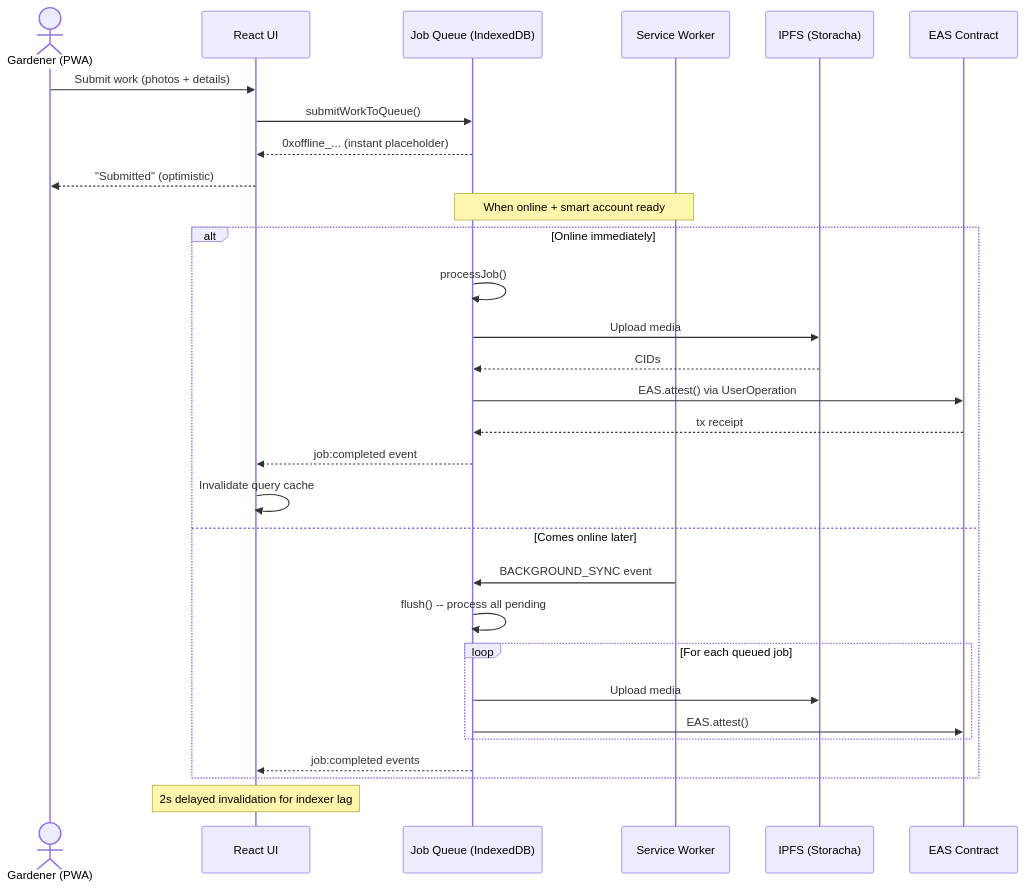
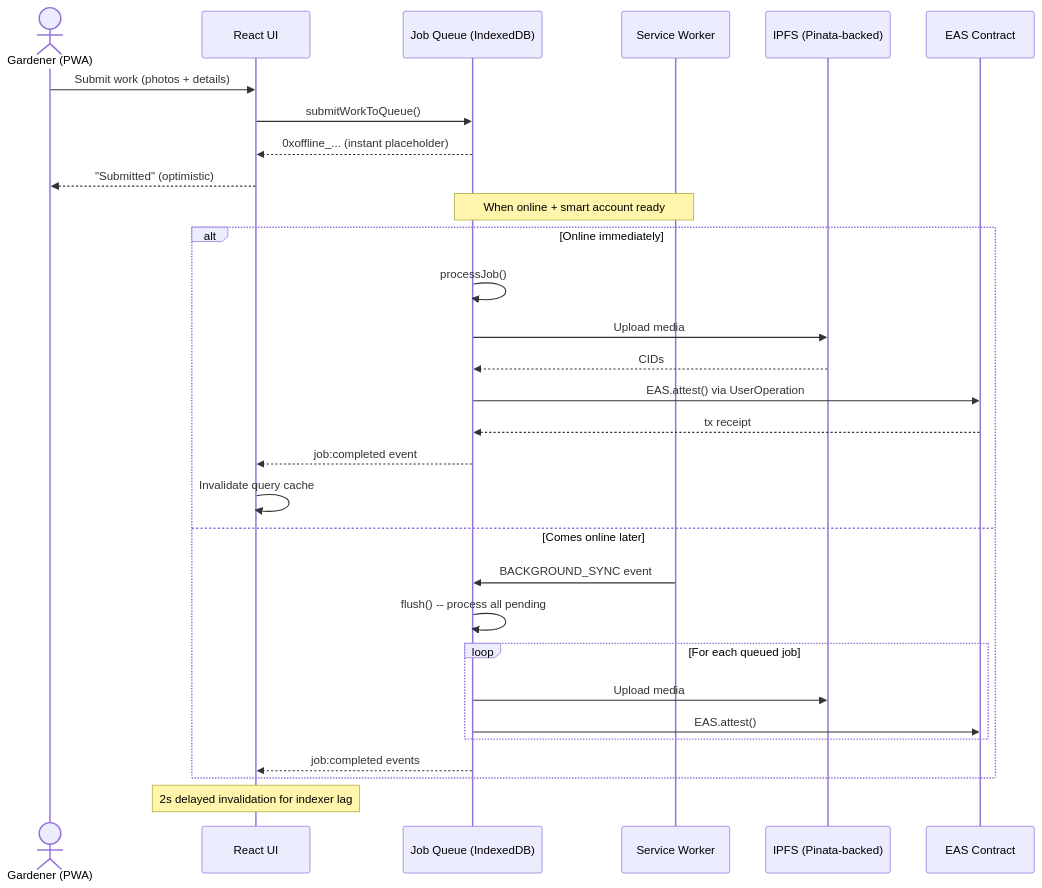
The first of 3 diagrams in docs/docs/builders/architecture/local-vs-global.mdx (greenpill-dev-guild/green-goods), drawn with Mermaid before and after one commit. The commit also changed other lines of this file and 28 other files, not shown here.

````diff
--- a/docs/docs/builders/architecture/local-vs-global.mdx
+++ b/docs/docs/builders/architecture/local-vs-global.mdx
@@ -36,36 +36,36 @@
 ```mermaid
 sequenceDiagram
     actor User as Gardener (PWA)
     participant UI as React UI
     participant JQ as Job Queue (IndexedDB)
     participant SW as Service Worker
-    participant IPFS as IPFS (Storacha)
+    participant IPFS as IPFS (Pinata-backed)
     participant Chain as EAS Contract
 
     User->>UI: Submit work (photos + details)
     UI->>JQ: submitWorkToQueue()
     JQ-->>UI: 0xoffline_... (instant placeholder)
     UI-->>User: "Submitted" (optimistic)
 
     Note over JQ,SW: When online + smart account ready
 
     alt Online immediately
         JQ->>JQ: processJob()
         JQ->>IPFS: Upload media
         IPFS-->>JQ: CIDs
         JQ->>Chain: EAS.attest() via UserOperation
         Chain-->>JQ: tx receipt
         JQ-->>UI: job:completed event
         UI->>UI: Invalidate query cache
     else Comes online later
         SW->>JQ: BACKGROUND_SYNC event
         JQ->>JQ: flush() -- process all pending
         loop For each queued job
             JQ->>IPFS: Upload media
             JQ->>Chain: EAS.attest()
         end
         JQ-->>UI: job:completed events
     end
 
     Note over UI: 2s delayed invalidation for indexer lag
 ```
````
